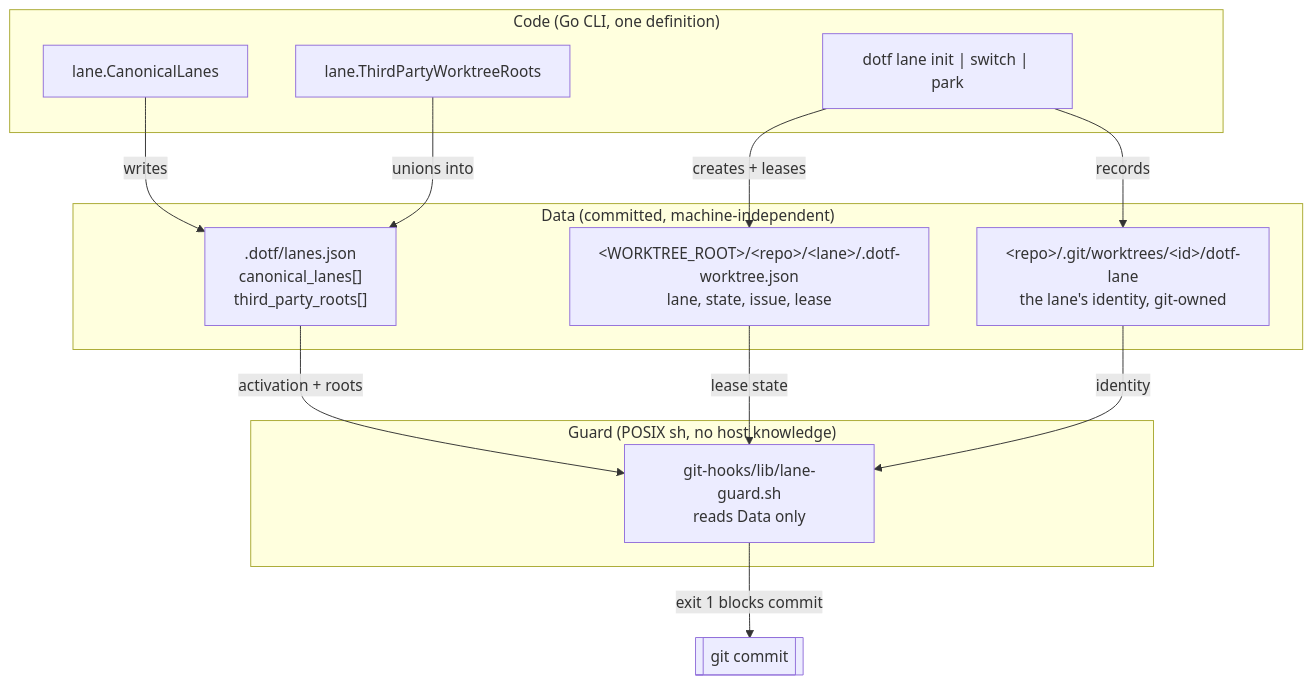
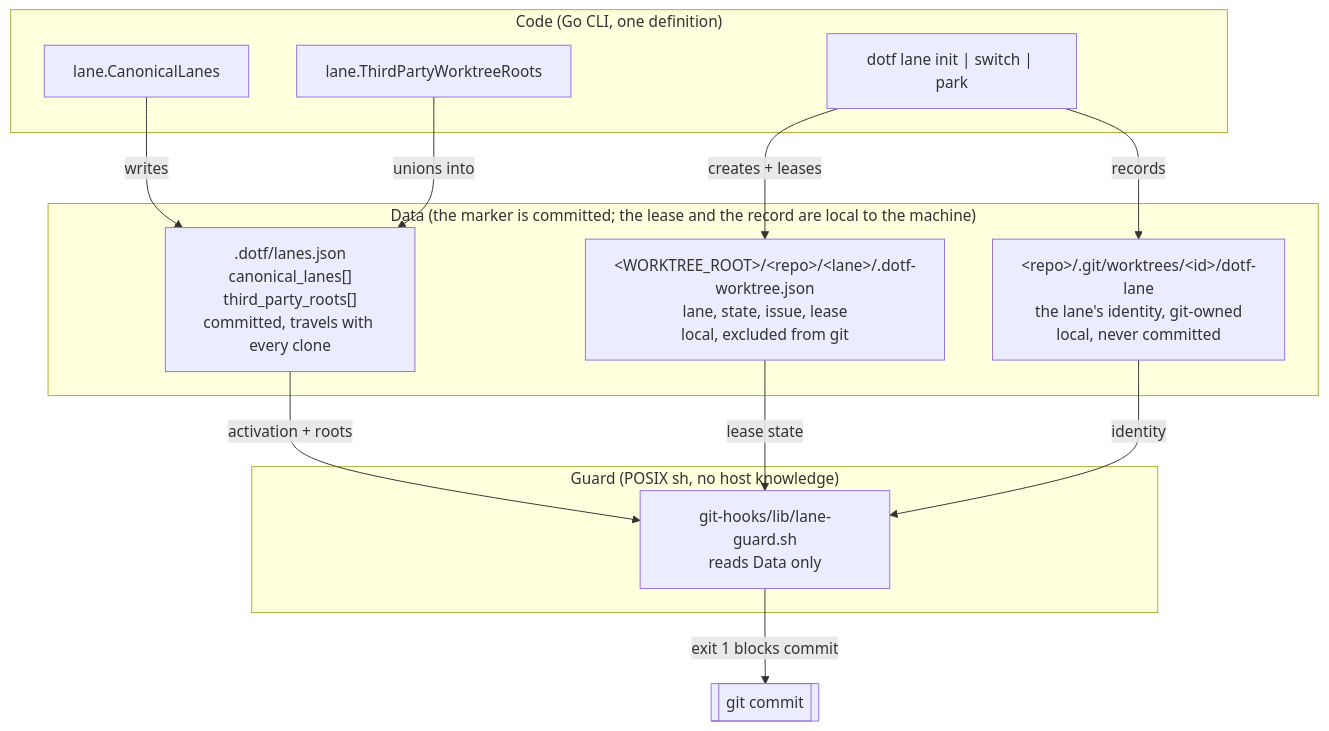
One commit to mlorentedev/dotfiles changed the first of 3 diagrams in docs/runbooks/guide-persistent-named-lanes.md. Above: the diagram before and after it, drawn with Mermaid. The commit also changed other lines of this file and 3 other files, not shown here.

First line of the commit message:
fix(lane): write the marker last and treat an uninspectable lane path as an error (#3261)

````diff
--- a/docs/runbooks/guide-persistent-named-lanes.md
+++ b/docs/runbooks/guide-persistent-named-lanes.md
@@ -12,24 +12,24 @@
 ```mermaid
 flowchart TB
-  subgraph Data["Data (committed, machine-independent)"]
-    M[".dotf/lanes.json<br/>canonical_lanes[]<br/>third_party_roots[]"]
-    W["&lt;WORKTREE_ROOT&gt;/&lt;repo&gt;/&lt;lane&gt;/.dotf-worktree.json<br/>lane, state, issue, lease"]
-    I["&lt;repo&gt;/.git/worktrees/&lt;id&gt;/dotf-lane<br/>the lane's identity, git-owned"]
+  subgraph Data["Data (the marker is committed; the lease and the record are local to the machine)"]
+    M[".dotf/lanes.json<br/>canonical_lanes[]<br/>third_party_roots[]<br/>committed, travels with every clone"]
+    W["&lt;WORKTREE_ROOT&gt;/&lt;repo&gt;/&lt;lane&gt;/.dotf-worktree.json<br/>lane, state, issue, lease<br/>local, excluded from git"]
+    I["&lt;repo&gt;/.git/worktrees/&lt;id&gt;/dotf-lane<br/>the lane's identity, git-owned<br/>local, never committed"]
   end
   subgraph Code["Code (Go CLI, one definition)"]
     C1["lane.CanonicalLanes"]
     C2["lane.ThirdPartyWorktreeRoots"]
     C3["dotf lane init | switch | park"]
   end
   subgraph Guard["Guard (POSIX sh, no host knowledge)"]
     G["git-hooks/lib/lane-guard.sh<br/>reads Data only"]
   end
   C1 -->|writes| M
   C2 -->|unions into| M
   C3 -->|creates + leases| W
   C3 -->|records| I
   M -->|activation + roots| G
   W -->|lease state| G
   I -->|identity| G
   G -->|exit 1 blocks commit| Git[["git commit"]]
 ```
````
